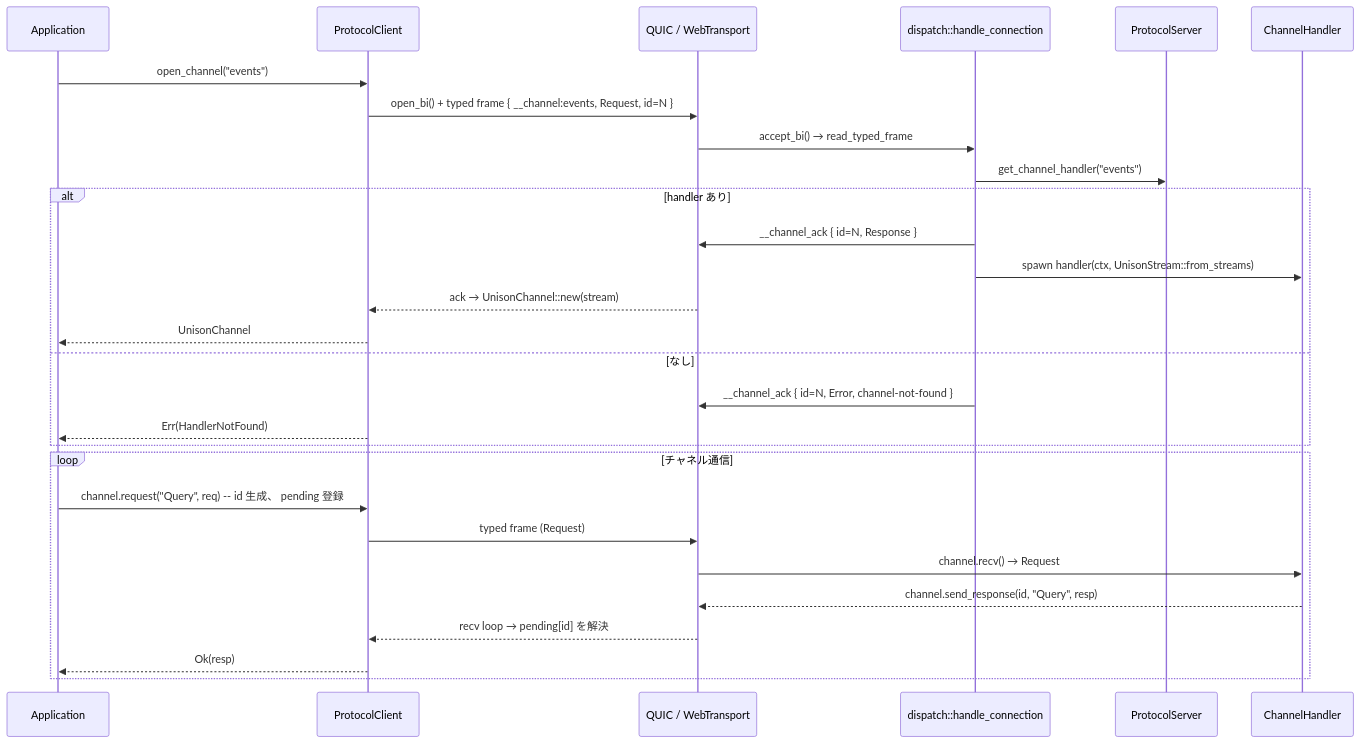
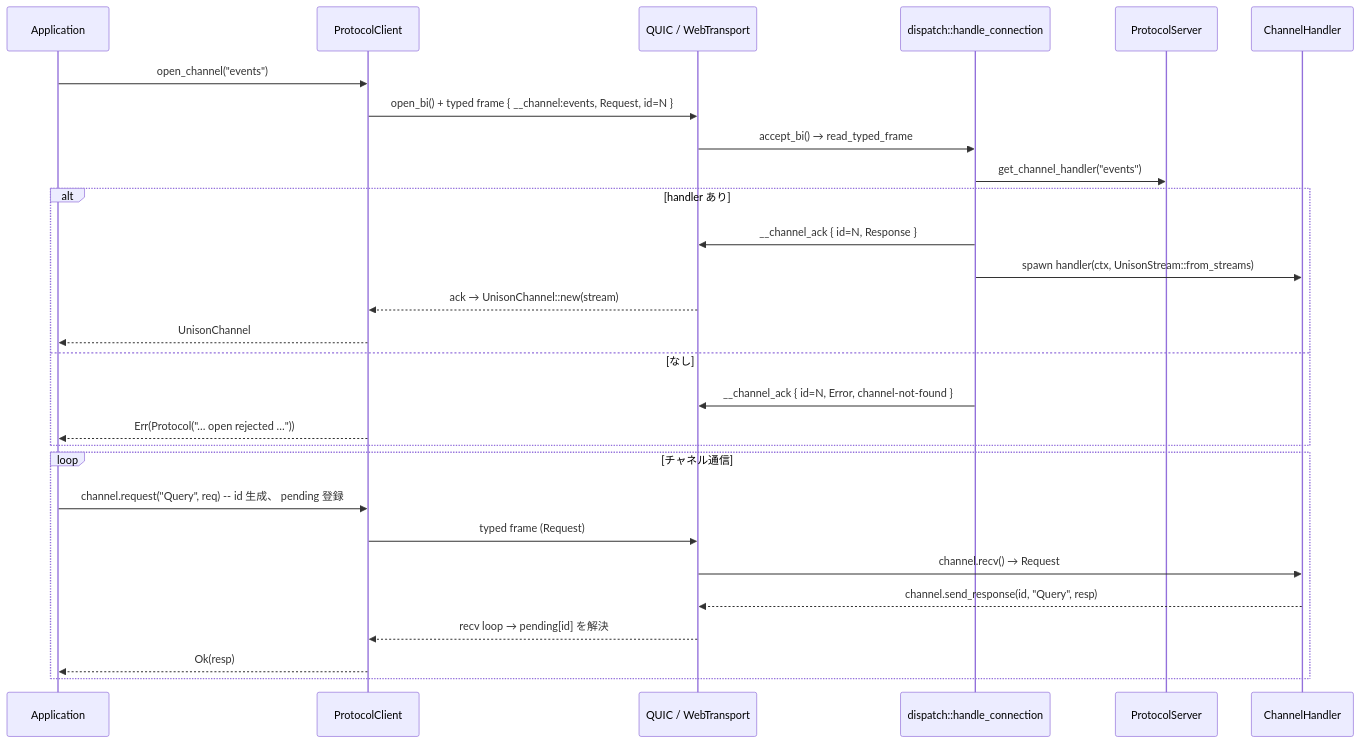
One commit to chronista-club/club-unison changed the diagram in design/architecture.md. Above: the diagram before and after it, drawn with Mermaid. The commit also changed other lines of this file and 24 other files, not shown here.

````diff
--- a/design/architecture.md
+++ b/design/architecture.md
@@ -116,32 +120,32 @@
 ```mermaid
 sequenceDiagram
     participant App as Application
     participant PC as ProtocolClient
     participant Net as QUIC / WebTransport
     participant D as dispatch::handle_connection
     participant PS as ProtocolServer
     participant CH as ChannelHandler
 
     App->>PC: open_channel("events")
     PC->>Net: open_bi() + typed frame { __channel:events, Request, id=N }
     Net->>D: accept_bi() → read_typed_frame
     D->>PS: get_channel_handler("events")
     alt handler あり
         D->>Net: __channel_ack { id=N, Response }
         D->>CH: spawn handler(ctx, UnisonStream::from_streams)
         Net-->>PC: ack → UnisonChannel::new(stream)
         PC-->>App: UnisonChannel
     else なし
         D->>Net: __channel_ack { id=N, Error, channel-not-found }
-        PC-->>App: Err(HandlerNotFound)
+        PC-->>App: Err(Protocol("… open rejected …"))
     end
 
     loop チャネル通信
         App->>PC: channel.request("Query", req)   -- id 生成、 pending 登録
         PC->>Net: typed frame (Request)
         Net->>CH: channel.recv() → Request
         CH-->>Net: channel.send_response(id, "Query", resp)
         Net-->>PC: recv loop → pending[id] を解決
         PC-->>App: Ok(resp)
     end
 ```
````
